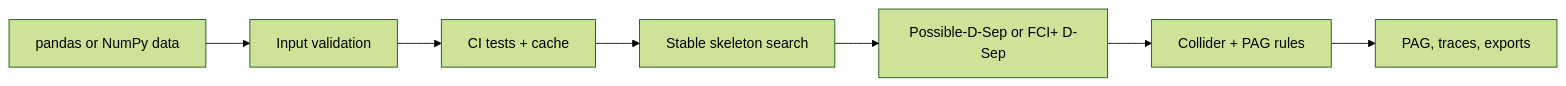
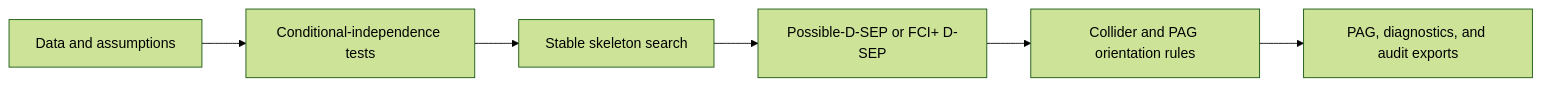
Before and after one commit to ada-yq225/FCI: the diagram in README.md, drawn with Mermaid (forest theme). The commit also changed other lines of this file and 3 other files, not shown here.

````diff
--- a/README.md
+++ b/README.md
@@ -27,9 +29,8 @@
 ```mermaid
 flowchart LR
-    A[pandas or NumPy data] --> B[Input validation]
-    B --> C[CI tests + cache]
-    C --> D[Stable skeleton search]
-    D --> E[Possible-D-Sep or FCI+ D-Sep]
-    E --> F[Collider + PAG rules]
-    F --> G[PAG, traces, exports]
+    A[Data and assumptions] --> B[Conditional-independence tests]
+    B --> C[Stable skeleton search]
+    C --> D[Possible-D-SEP or FCI+ D-SEP]
+    D --> E[Collider and PAG orientation rules]
+    E --> F[PAG, diagnostics, and audit exports]
 ```
````
